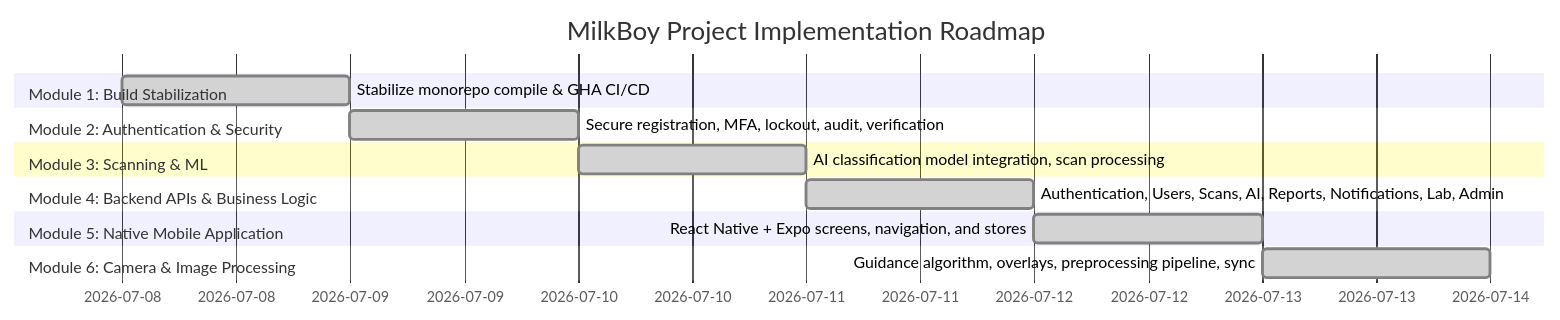
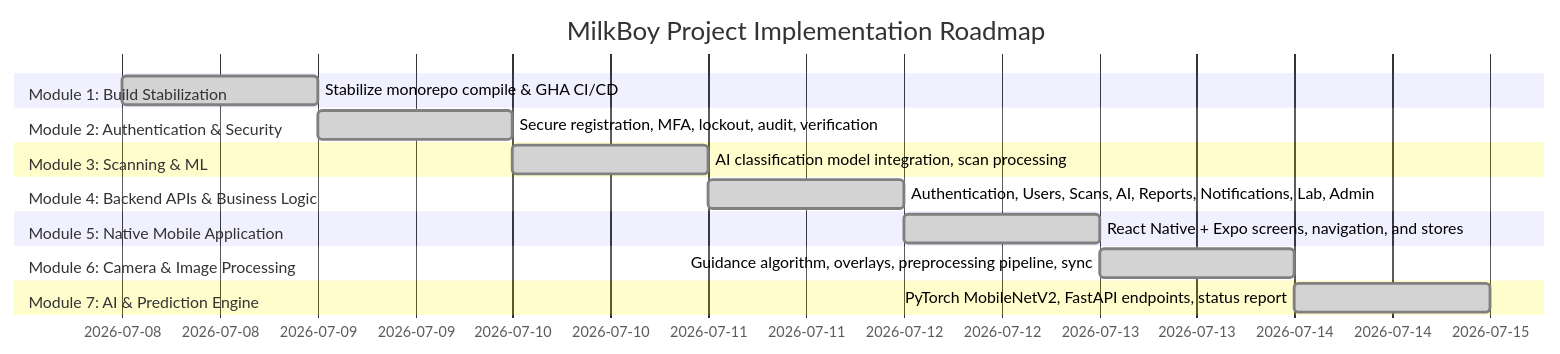
The diagram in PROJECT_STATUS.md (Thirumal143200/MILKY-BAR), drawn with Mermaid before and after one commit. The commit also changed other lines of this file and 8 other files, not shown here.

Commit message:
feat: implement Module 7 PyTorch model loading fallback, actual logits softmax passes, dataset status report, and prediction pipelines

````diff
--- a/PROJECT_STATUS.md
+++ b/PROJECT_STATUS.md
@@ -9,17 +9,19 @@
 ```mermaid
 gantt
     title MilkBoy Project Implementation Roadmap
     dateFormat  YYYY-MM-DD
     section Module 1: Build Stabilization
     Stabilize monorepo compile & GHA CI/CD   :done, 2026-07-08, 2026-07-09
     section Module 2: Authentication & Security
     Secure registration, MFA, lockout, audit, verification :done, 2026-07-09, 2026-07-10
     section Module 3: Scanning & ML
     AI classification model integration, scan processing :done, 2026-07-10, 2026-07-11
     section Module 4: Backend APIs & Business Logic
     Authentication, Users, Scans, AI, Reports, Notifications, Lab, Admin :done, 2026-07-11, 2026-07-12
     section Module 5: Native Mobile Application
     React Native + Expo screens, navigation, and stores :done, 2026-07-12, 2026-07-13
     section Module 6: Camera & Image Processing
     Guidance algorithm, overlays, preprocessing pipeline, sync :done, 2026-07-13, 2026-07-14
+    section Module 7: AI & Prediction Engine
+    PyTorch MobileNetV2, FastAPI endpoints, status report :done, 2026-07-14, 2026-07-15
 ```
````
